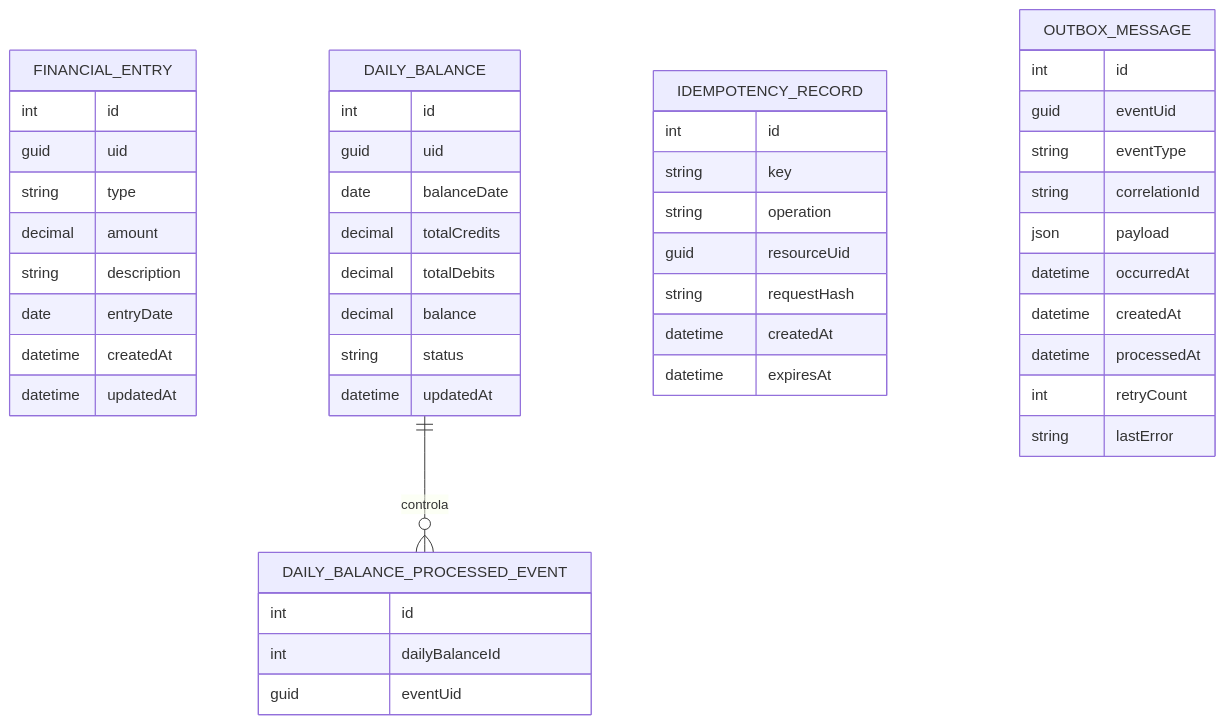
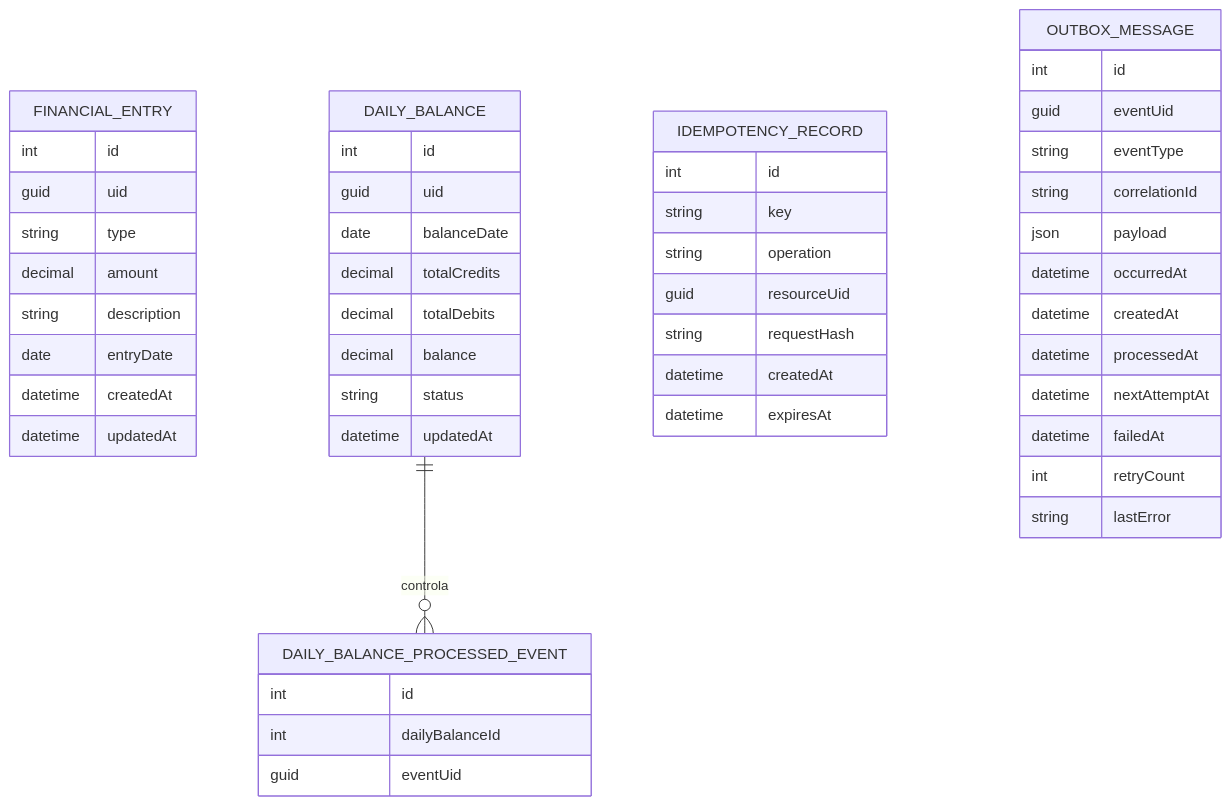
One commit to vanessabrava/cash-flow-architecture changed the diagram in docs/06-modelo-de-dados.md. Above: the diagram before and after it, drawn with Mermaid. The commit also changed other lines of this file and 17 other files, not shown here.

````diff
--- a/docs/06-modelo-de-dados.md
+++ b/docs/06-modelo-de-dados.md
@@ -122,55 +124,57 @@
 ```mermaid
 erDiagram
     FINANCIAL_ENTRY {
         int id
         guid uid
         string type
         decimal amount
         string description
         date entryDate
         datetime createdAt
         datetime updatedAt
     }
 
     DAILY_BALANCE {
         int id
         guid uid
         date balanceDate
         decimal totalCredits
         decimal totalDebits
         decimal balance
         string status
         datetime updatedAt
     }
 
     DAILY_BALANCE_PROCESSED_EVENT {
         int id
         int dailyBalanceId
         guid eventUid
     }
 
     IDEMPOTENCY_RECORD {
         int id
         string key
         string operation
         guid resourceUid
         string requestHash
         datetime createdAt
         datetime expiresAt
     }
 
     OUTBOX_MESSAGE {
         int id
         guid eventUid
         string eventType
         string correlationId
         json payload
         datetime occurredAt
         datetime createdAt
         datetime processedAt
+        datetime nextAttemptAt
+        datetime failedAt
         int retryCount
         string lastError
     }
 
     DAILY_BALANCE ||--o{ DAILY_BALANCE_PROCESSED_EVENT : controla
 ```
````
